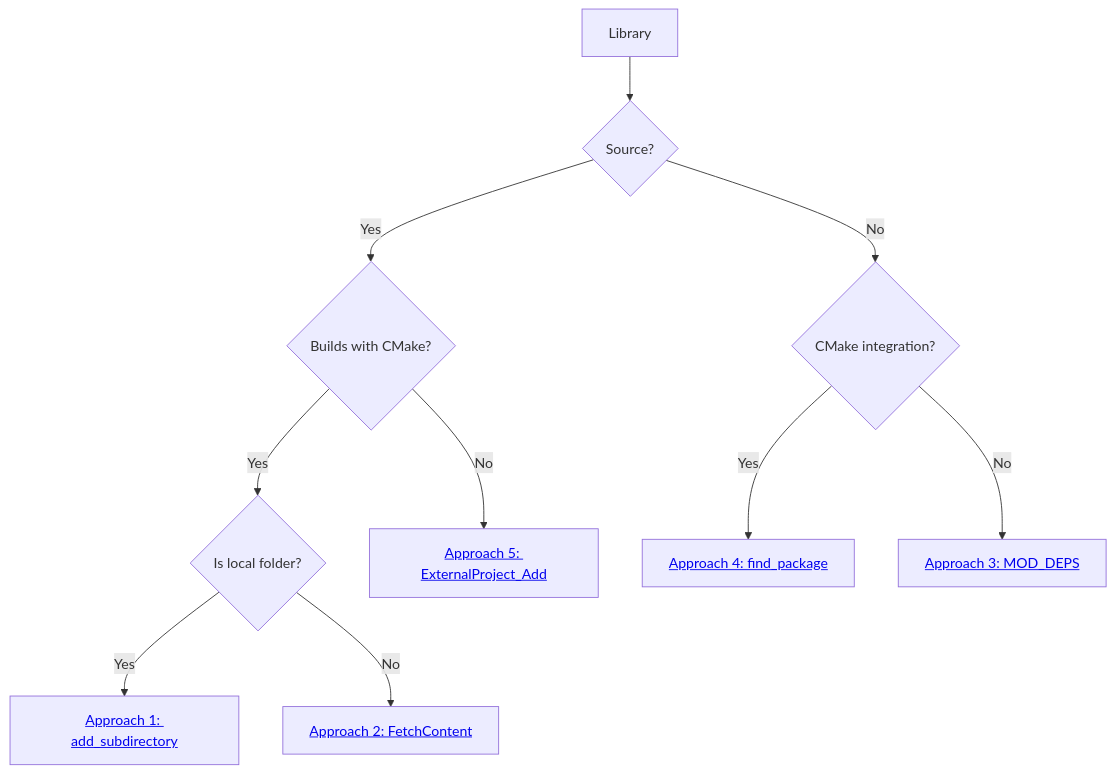
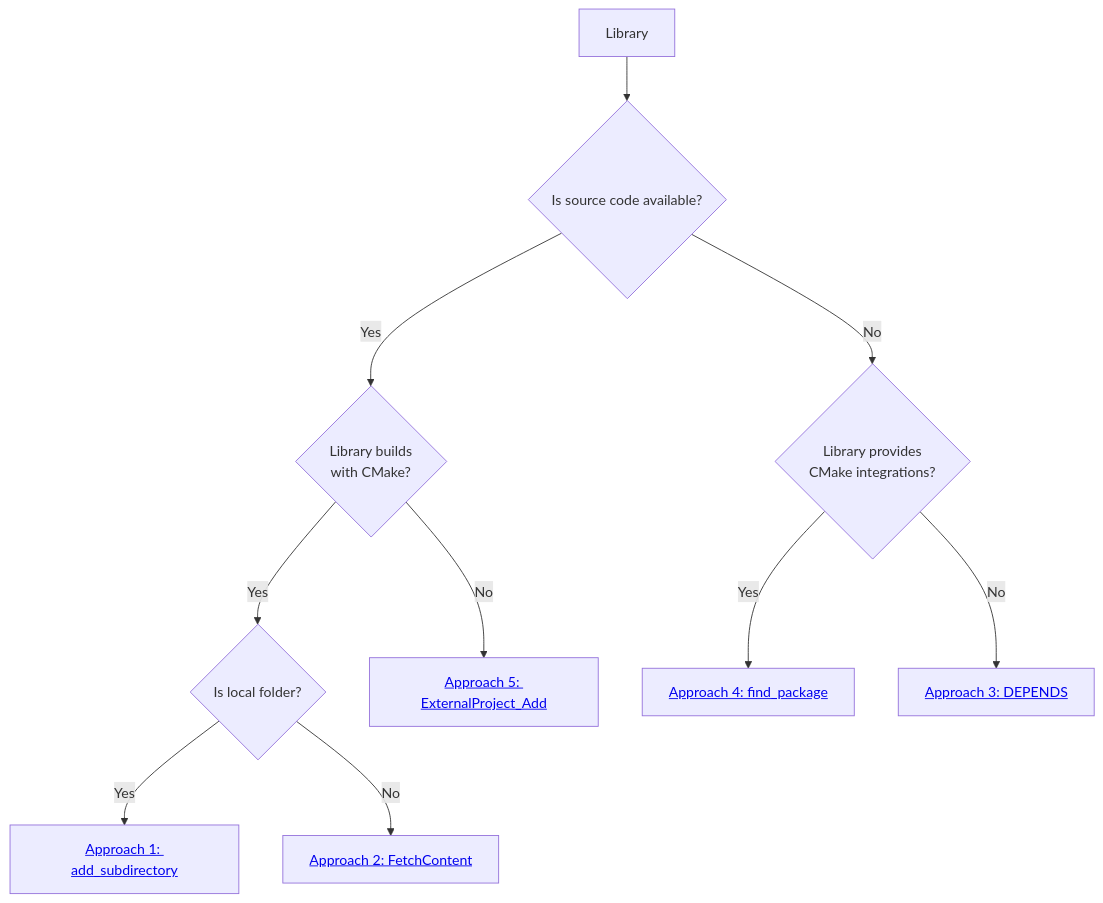
The diagram in docs/how-to/integrate-external-libraries.md (m-aleem/fprime), drawn with Mermaid before and after one commit. The commit also changed other lines of this file, not shown here.

Commit message:
Update CMake Library integration guide based on student review (#3804)

````diff
--- a/docs/how-to/integrate-external-libraries.md
+++ b/docs/how-to/integrate-external-libraries.md
@@ -24,12 +24,12 @@
 ```mermaid
 flowchart TD  
-    Library-->Source{Source?}  
-    Source-->|Yes| CMakeSourceSupport{Builds with CMake?}  
+    Library-->Source{Is source code available?}  
+    Source-->|Yes| CMakeSourceSupport{Library builds<br>with CMake?}  
         CMakeSourceSupport-->|Yes|IsSubmodule{Is local folder?}  
             IsSubmodule-->|Yes| AddSubdirectory[<a href='#add_subdirectory'>Approach 1: add_subdirectory</a>]  
             IsSubmodule-->|No| FetchContent[<a href='#fetchcontent'>Approach 2: FetchContent</a>]  
         CMakeSourceSupport-->|No|ExternalProject_Add[<a href='#externalproject_add'>Approach 5: ExternalProject_Add</a>]  
-    Source-->|No| CMakePackageSupport{CMake integration?}  
+    Source-->|No| CMakePackageSupport{Library provides <br>CMake integrations?}  
         CMakePackageSupport-->|Yes| find_package[<a href='#find_package'>Approach 4: find_package</a>]  
-        CMakePackageSupport-->|No| MOD_DEPS[<a href='#mod_deps'>Approach 3: MOD_DEPS</a>]  
+        CMakePackageSupport-->|No| DEPENDS[<a href='#DEPENDS'>Approach 3: DEPENDS</a>]  
 ```
````
